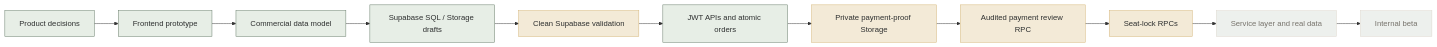
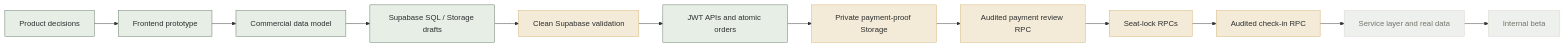
Before and after one commit to moirakk/GatherUp: the first of 4 diagrams in docs/project-architecture-brief-v0.1.md, drawn with Mermaid. The commit also changed other lines of this file and 8 other files, not shown here.

Commit message:
Add audited check-in RPC

````diff
--- a/docs/project-architecture-brief-v0.1.md
+++ b/docs/project-architecture-brief-v0.1.md
@@ -27,29 +28,31 @@
 ```mermaid
 flowchart LR
   A["Product decisions"] --> B["Frontend prototype"]
   B --> C["Commercial data model"]
   C --> D["Supabase SQL / Storage drafts"]
   D --> E["Clean Supabase validation"]
   E --> F["JWT APIs and atomic orders"]
   F --> H["Private payment-proof Storage"]
   H --> J["Audited payment review RPC"]
   J --> K["Seat-lock RPCs"]
-  K --> I["Service layer and real data"]
+  K --> L["Audited check-in RPC"]
+  L --> I["Service layer and real data"]
   I --> G["Internal beta"]
 
   A:::done
   B:::done
   C:::done
   D:::done
   E:::doing
   F:::done
   H:::doing
   J:::doing
   K:::doing
+  L:::doing
   I:::todo
   G:::todo
 
   classDef done fill:#e7eee6,stroke:#667b69,color:#2d2f2f;
   classDef doing fill:#f3ead7,stroke:#d4b477,color:#2d2f2f;
   classDef todo fill:#edf0ed,stroke:#ddd8ce,color:#77736c;
 ```
````
